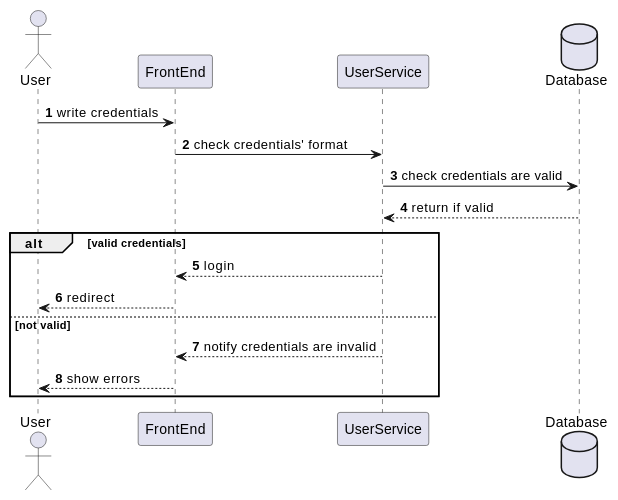
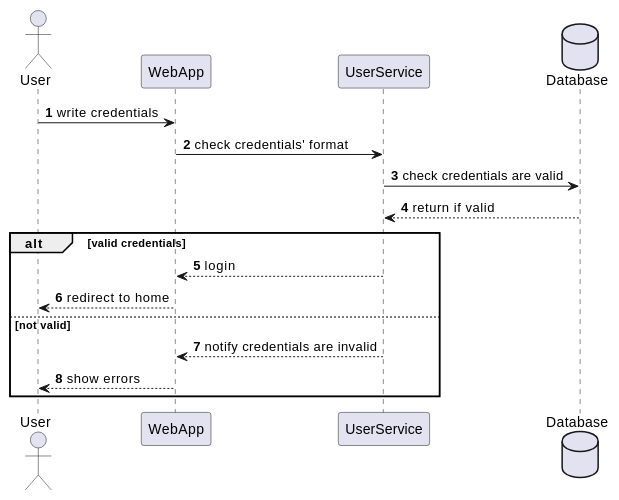
Before and after one commit to Arquisoft/wichat_en3a: the second of 5 diagrams in docs/src/06_runtime_view.adoc, drawn with PlantUML. The commit also changed other lines of this file, not shown here.

```diff
--- a/docs/src/06_runtime_view.adoc
+++ b/docs/src/06_runtime_view.adoc
@@ -54,21 +54,21 @@
 [plantuml,"Login diagram",png]
 ----
 autonumber
 actor User
-participant FrontEnd
+participant WebApp
 participant UserService
 database Database
 
-User -> FrontEnd: write credentials
-FrontEnd -> UserService: check credentials' format
+User -> WebApp: write credentials
+WebApp -> UserService: check credentials' format
 UserService -> Database: check credentials are valid
 Database --> UserService: return if valid
 
 alt valid credentials
-    UserService --> FrontEnd: login
-    FrontEnd --> User: redirect
+    UserService --> WebApp: login
+    WebApp --> User: redirect to home
 else not valid
-    UserService --> FrontEnd: notify credentials are invalid
-    FrontEnd --> User: show errors
+    UserService --> WebApp: notify credentials are invalid
+    WebApp --> User: show errors
 end
 ----
```
